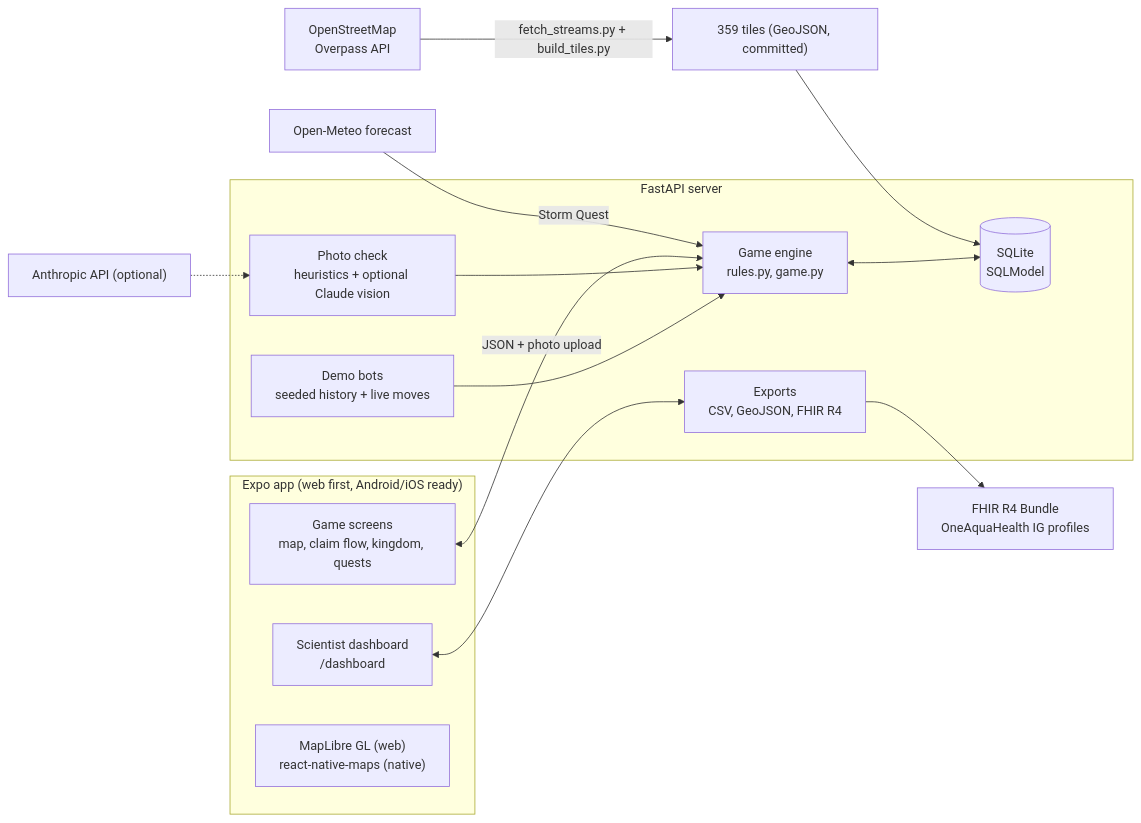
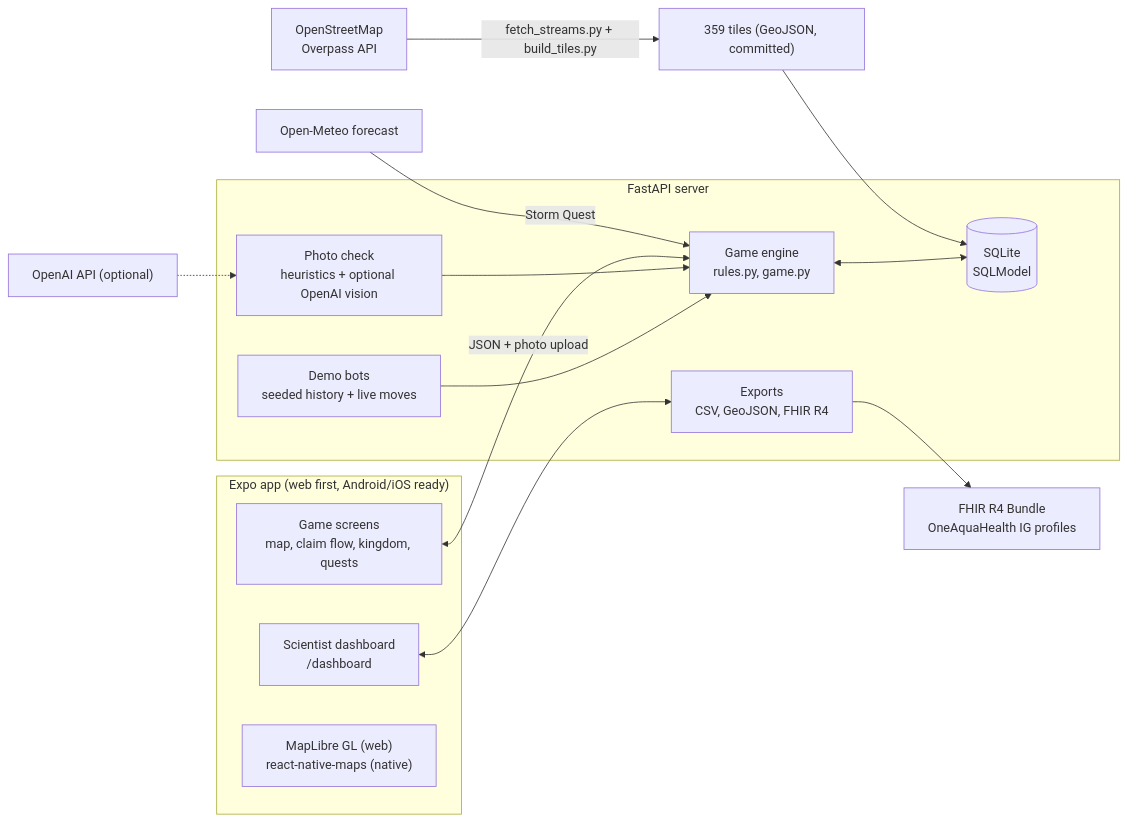
Before and after one commit to Bin4yi/streamrealm: the diagram in README.md, drawn with Mermaid. The commit also changed other lines of this file and 10 other files, not shown here.

First line of the commit message:
Use OpenAI (gpt-6-luna, Responses API) for the optional AI photo check

````diff
--- a/README.md
+++ b/README.md
@@ -84,25 +84,25 @@
 ```mermaid
 flowchart LR
   subgraph Phone["Expo app (web first, Android/iOS ready)"]
     UI["Game screens<br/>map, claim flow, kingdom, quests"]
     Dash["Scientist dashboard<br/>/dashboard"]
     Map["MapLibre GL (web)<br/>react-native-maps (native)"]
   end
   subgraph Server["FastAPI server"]
     Rules["Game engine<br/>rules.py, game.py"]
-    AI["Photo check<br/>heuristics + optional Claude vision"]
+    AI["Photo check<br/>heuristics + optional OpenAI vision"]
     Bots["Demo bots<br/>seeded history + live moves"]
     Exp["Exports<br/>CSV, GeoJSON, FHIR R4"]
     DB[("SQLite<br/>SQLModel")]
   end
   OSM["OpenStreetMap<br/>Overpass API"] -->|fetch_streams.py + build_tiles.py| Tiles["359 tiles (GeoJSON, committed)"]
   Tiles --> DB
   Meteo["Open-Meteo forecast"] -->|Storm Quest| Rules
-  Claude["Anthropic API (optional)"] -.-> AI
+  OpenAI["OpenAI API (optional)"] -.-> AI
   UI <-->|JSON + photo upload| Rules
   Dash <--> Exp
   Rules <--> DB
   AI --> Rules
   Bots --> Rules
   Exp --> FHIR["FHIR R4 Bundle<br/>OneAquaHealth IG profiles"]
 ```
````
